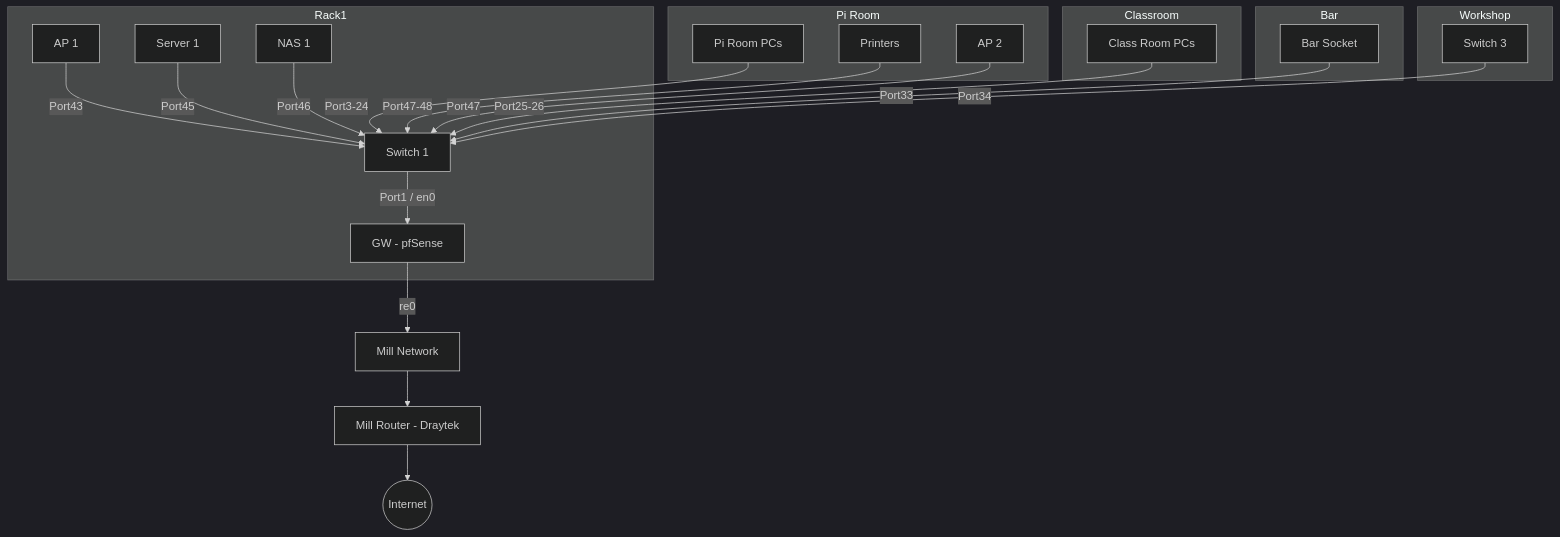
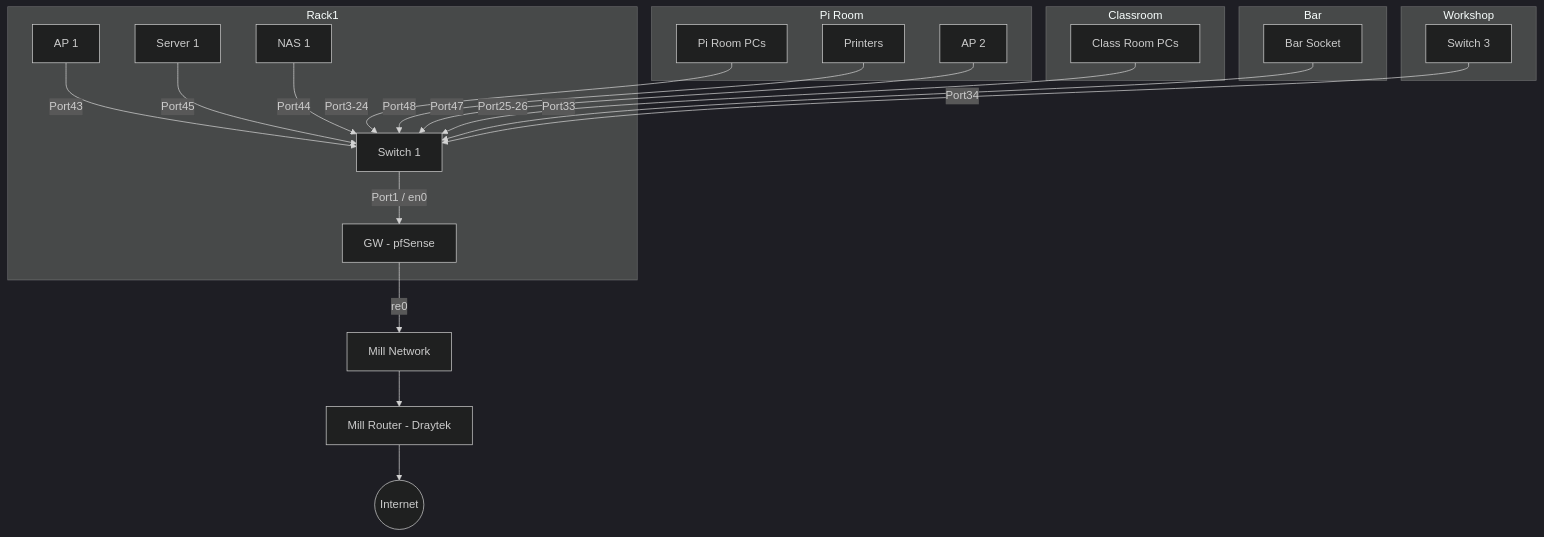
One commit to leigh-hackspace/HackspaceWiki changed the first of 2 diagrams in docs/infrastructure/network_layout.md. Above: the diagram before and after it, drawn with Mermaid (dark theme).

Commit message:
Fix port numbers

````diff
--- a/docs/infrastructure/network_layout.md
+++ b/docs/infrastructure/network_layout.md
@@ -20,31 +20,31 @@
 ```mermaid
 graph 
     subgraph Rack1
     GW[GW - pfSense] 
     AP[AP 1] -->|Port43| SWITCH1
     SWITCH1[Switch 1] -->|Port1 / en0| GW
     SERVER1[Server 1] -->|Port45| SWITCH1
-    NAS1[NAS 1] --> |Port46| SWITCH1
+    NAS1[NAS 1] --> |Port44| SWITCH1
     end
 
     GW -->|re0| MILL
     MILL[Mill Network] --> MILLROUTER[Mill Router - Draytek] --> INTERNET((Internet))
     
     subgraph Pi Room
     PIROOMPC[Pi Room PCs] -->|Port3-24| SWITCH1
-    PRINTERS[Printers] -->|Port47-48| SWITCH1
+    PRINTERS[Printers] -->|Port48| SWITCH1
     PIROOMAP[AP 2] --> |Port47| SWITCH1
     end
 
     subgraph Classroom
     CLASSROOMPC[Class Room PCs] -->|Port25-26| SWITCH1
     end
     
     subgraph Bar
     BAR[Bar Socket] -->|Port33| SWITCH1
     end
     
     subgraph Workshop
     SWITCH3[Switch 3] -->|Port34| SWITCH1
     end
 ```
````
